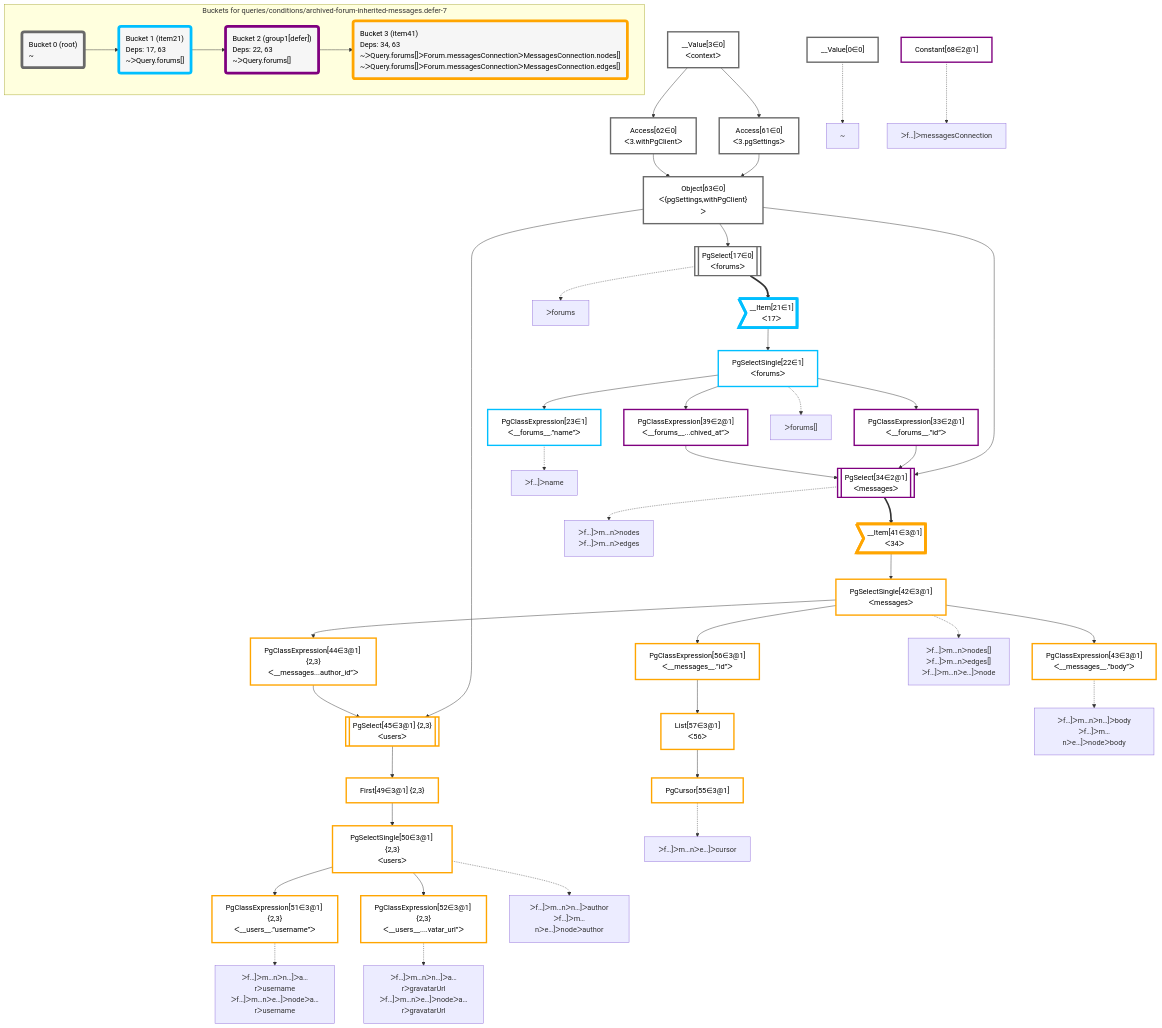
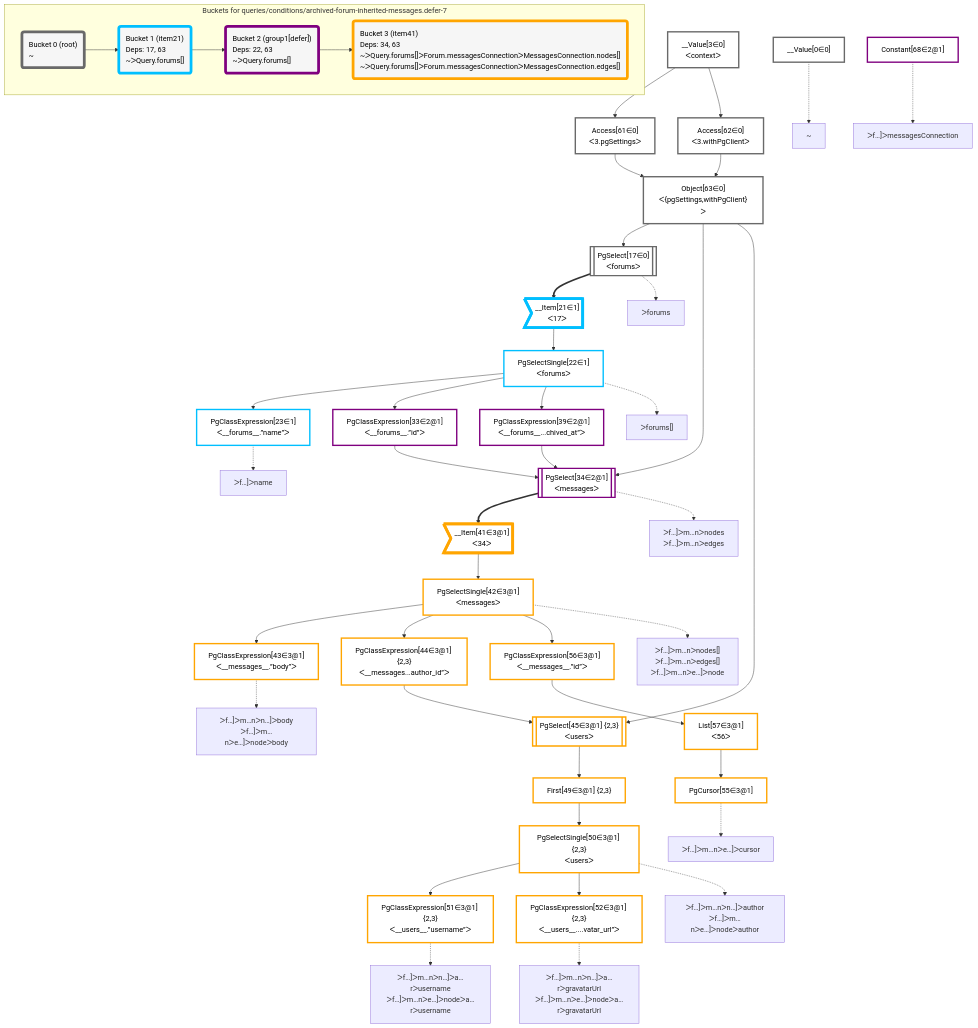
The diagram in packages/dataplan-pg/__tests__/queries/conditions/archived-forum-inherited-messages.defer-7.deopt.mermaid.md (graphile/crystal), drawn with Mermaid before and after one commit. The commit also changed other lines of this file and 195 other files, not shown here.

Commit message:
Reorder graphs

```diff
--- a/packages/dataplan-pg/__tests__/queries/conditions/archived-forum-inherited-messages.defer-7.deopt.mermaid.md
+++ b/packages/dataplan-pg/__tests__/queries/conditions/archived-forum-inherited-messages.defer-7.deopt.mermaid.md
@@ -9,54 +9,54 @@
 
     %% define plans
     __Value0["__Value[0∈0]"]:::plan
+    __Value3["__Value[3∈0]<br />ᐸcontextᐳ"]:::plan
+    Access61["Access[61∈0]<br />ᐸ3.pgSettingsᐳ"]:::plan
+    Access62["Access[62∈0]<br />ᐸ3.withPgClientᐳ"]:::plan
+    Object63["Object[63∈0]<br />ᐸ{pgSettings,withPgClient}ᐳ"]:::plan
+    PgSelect17[["PgSelect[17∈0]<br />ᐸforumsᐳ"]]:::plan
+    __Item21>"__Item[21∈1]<br />ᐸ17ᐳ"]:::itemplan
+    PgSelectSingle22["PgSelectSingle[22∈1]<br />ᐸforumsᐳ"]:::plan
     PgClassExpression23["PgClassExpression[23∈1]<br />ᐸ__forums__.”name”ᐳ"]:::plan
+    PgClassExpression33["PgClassExpression[33∈2@1]<br />ᐸ__forums__.”id”ᐳ"]:::plan
+    PgClassExpression39["PgClassExpression[39∈2@1]<br />ᐸ__forums__...chived_at”ᐳ"]:::plan
+    PgSelect34[["PgSelect[34∈2@1]<br />ᐸmessagesᐳ"]]:::plan
+    Constant68["Constant[68∈2@1]"]:::plan
+    __Item41>"__Item[41∈3@1]<br />ᐸ34ᐳ"]:::itemplan
+    PgSelectSingle42["PgSelectSingle[42∈3@1]<br />ᐸmessagesᐳ"]:::plan
     PgClassExpression43["PgClassExpression[43∈3@1]<br />ᐸ__messages__.”body”ᐳ"]:::plan
+    PgClassExpression44["PgClassExpression[44∈3@1] {2,3}<br />ᐸ__messages...author_id”ᐳ"]:::plan
+    PgSelect45[["PgSelect[45∈3@1] {2,3}<br />ᐸusersᐳ"]]:::plan
+    First49["First[49∈3@1] {2,3}"]:::plan
+    PgSelectSingle50["PgSelectSingle[50∈3@1] {2,3}<br />ᐸusersᐳ"]:::plan
     PgClassExpression51["PgClassExpression[51∈3@1] {2,3}<br />ᐸ__users__.”username”ᐳ"]:::plan
     PgClassExpression52["PgClassExpression[52∈3@1] {2,3}<br />ᐸ__users__....vatar_url”ᐳ"]:::plan
-    PgSelectSingle50["PgSelectSingle[50∈3@1] {2,3}<br />ᐸusersᐳ"]:::plan
-    First49["First[49∈3@1] {2,3}"]:::plan
-    PgSelect45[["PgSelect[45∈3@1] {2,3}<br />ᐸusersᐳ"]]:::plan
-    PgClassExpression44["PgClassExpression[44∈3@1] {2,3}<br />ᐸ__messages...author_id”ᐳ"]:::plan
+    PgClassExpression56["PgClassExpression[56∈3@1]<br />ᐸ__messages__.”id”ᐳ"]:::plan
+    List57["List[57∈3@1]<br />ᐸ56ᐳ"]:::plan
     PgCursor55["PgCursor[55∈3@1]"]:::plan
-    List57["List[57∈3@1]<br />ᐸ56ᐳ"]:::plan
-    PgClassExpression56["PgClassExpression[56∈3@1]<br />ᐸ__messages__.”id”ᐳ"]:::plan
-    PgSelectSingle42["PgSelectSingle[42∈3@1]<br />ᐸmessagesᐳ"]:::plan
-    __Item41>"__Item[41∈3@1]<br />ᐸ34ᐳ"]:::itemplan
-    PgSelect34[["PgSelect[34∈2@1]<br />ᐸmessagesᐳ"]]:::plan
-    PgClassExpression33["PgClassExpression[33∈2@1]<br />ᐸ__forums__.”id”ᐳ"]:::plan
-    PgClassExpression39["PgClassExpression[39∈2@1]<br />ᐸ__forums__...chived_at”ᐳ"]:::plan
-    PgSelectSingle22["PgSelectSingle[22∈1]<br />ᐸforumsᐳ"]:::plan
-    __Item21>"__Item[21∈1]<br />ᐸ17ᐳ"]:::itemplan
-    PgSelect17[["PgSelect[17∈0]<br />ᐸforumsᐳ"]]:::plan
-    Object63["Object[63∈0]<br />ᐸ{pgSettings,withPgClient}ᐳ"]:::plan
-    Access61["Access[61∈0]<br />ᐸ3.pgSettingsᐳ"]:::plan
-    Access62["Access[62∈0]<br />ᐸ3.withPgClientᐳ"]:::plan
-    __Value3["__Value[3∈0]<br />ᐸcontextᐳ"]:::plan
-    Constant68["Constant[68∈2@1]"]:::plan
 
     %% plan dependencies
+    __Value3 --> Access61
+    __Value3 --> Access62
+    Access61 & Access62 --> Object63
+    Object63 --> PgSelect17
+    PgSelect17 ==> __Item21
+    __Item21 --> PgSelectSingle22
     PgSelectSingle22 --> PgClassExpression23
+    PgSelectSingle22 --> PgClassExpression33
+    PgSelectSingle22 --> PgClassExpression39
+    Object63 & PgClassExpression33 & PgClassExpression39 --> PgSelect34
+    PgSelect34 ==> __Item41
+    __Item41 --> PgSelectSingle42
     PgSelectSingle42 --> PgClassExpression43
+    PgSelectSingle42 --> PgClassExpression44
+    Object63 & PgClassExpression44 --> PgSelect45
+    PgSelect45 --> First49
+    First49 --> PgSelectSingle50
     PgSelectSingle50 --> PgClassExpression51
     PgSelectSingle50 --> PgClassExpression52
-    First49 --> PgSelectSingle50
-    PgSelect45 --> First49
-    Object63 & PgClassExpression44 --> PgSelect45
-    PgSelectSingle42 --> PgClassExpression44
+    PgSelectSingle42 --> PgClassExpression56
+    PgClassExpression56 --> List57
     List57 --> PgCursor55
-    PgClassExpression56 --> List57
-    PgSelectSingle42 --> PgClassExpression56
-    __Item41 --> PgSelectSingle42
-    PgSelect34 ==> __Item41
-    Object63 & PgClassExpression33 & PgClassExpression39 --> PgSelect34
-    PgSelectSingle22 --> PgClassExpression33
-    PgSelectSingle22 --> PgClassExpression39
-    __Item21 --> PgSelectSingle22
-    PgSelect17 ==> __Item21
-    Object63 --> PgSelect17
-    Access61 & Access62 --> Object63
-    __Value3 --> Access61
-    __Value3 --> Access62
 
     %% plan-to-path relationships
     P0["~"]
```
